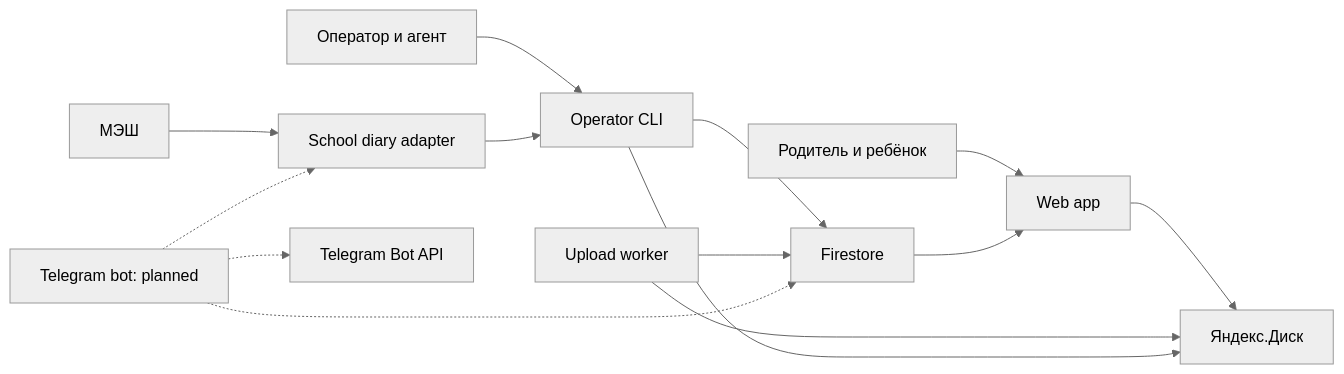
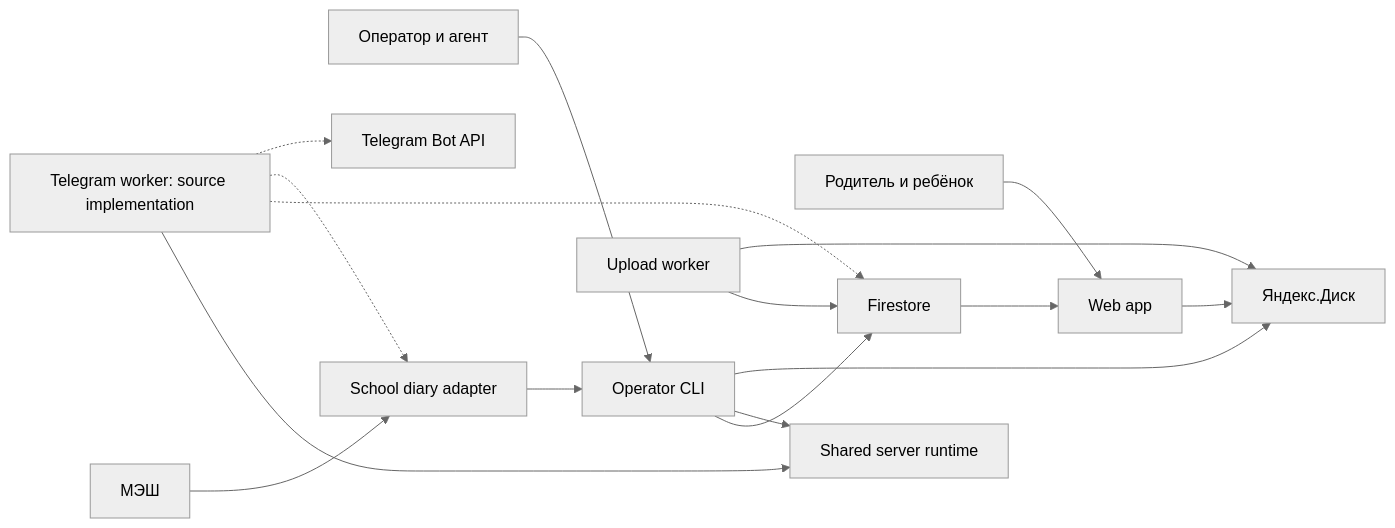
The diagram in ARCHITECTURE.md (RubaXa/education-quizzes), drawn with Mermaid (neutral theme) before and after one commit. The commit also changed other lines of this file and 102 other files, not shown here.

Commit message:
feat(telegram): share source runtime and deploy persistent worker

````diff
--- a/ARCHITECTURE.md
+++ b/ARCHITECTURE.md
@@ -42,16 +43,18 @@
 ```mermaid
 flowchart LR
   Family[Родитель и ребёнок] --> Web[Web app]
   Operator[Оператор и агент] --> CLI[Operator CLI]
   Mesh[МЭШ] --> Diary[School diary adapter]
   Diary --> CLI
   CLI --> DB[Firestore]
+  CLI --> Core[Shared server runtime]
+  Telegram --> Core
   DB --> Web
   Web --> Disk[Яндекс.Диск]
   Worker[Upload worker] --> DB
   Worker --> Disk
   CLI --> Disk
-  Telegram[Telegram bot: planned] -.-> DB
+  Telegram[Telegram worker: source implementation] -.-> DB
   Telegram -.-> Diary
   Telegram -.-> BotAPI[Telegram Bot API]
 ```
````
